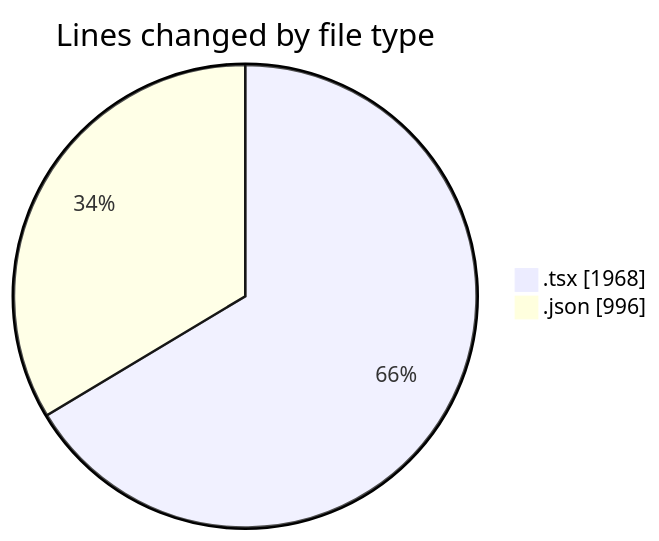
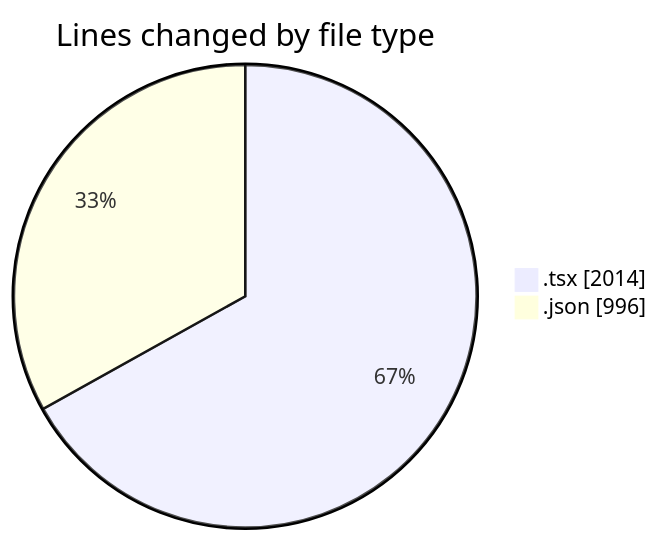
The first of 2 diagrams in 2025-08-13/ribbon/README.md (EIIisD/code-tracking), drawn with Mermaid before and after one commit. The commit also changed other lines of this file and 1 other file, not shown here.

````diff
--- a/2025-08-13/ribbon/README.md
+++ b/2025-08-13/ribbon/README.md
@@ -31,6 +31,6 @@
 ```mermaid
 pie showData
 title Lines changed by file type
-".tsx" : 1968
+".tsx" : 2014
 ".json" : 996
 ```
````
